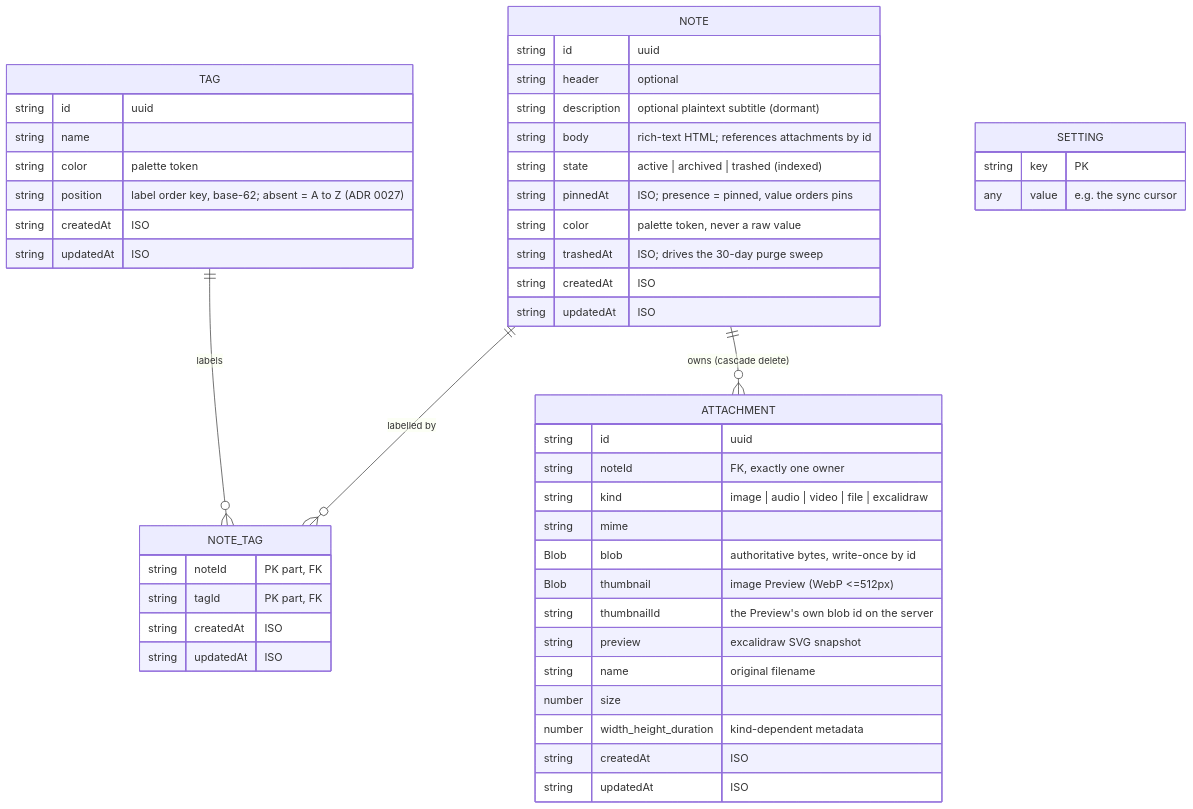
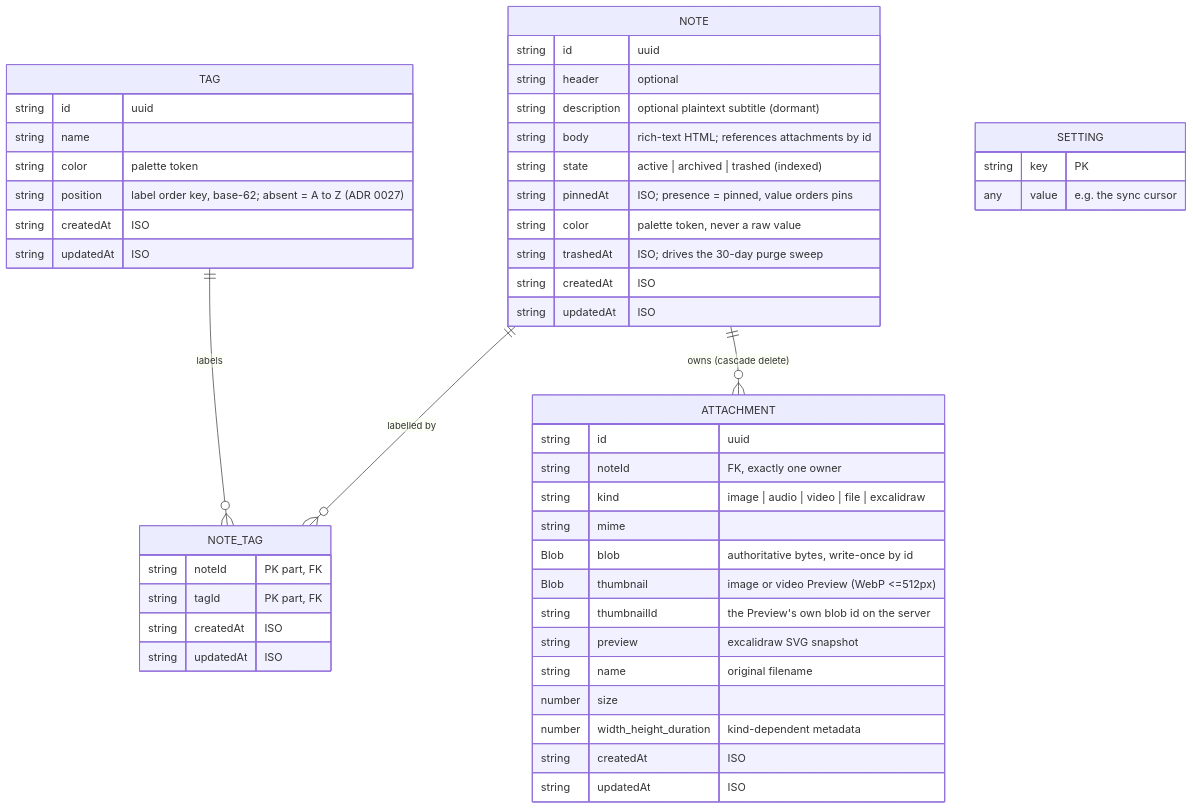
One commit to soukupj00/your-notes-fe changed the diagram in docs/architecture/03-database.md. Above: the diagram before and after it, drawn with Mermaid. The commit also changed 4 other files, not shown here.

````diff
--- a/docs/architecture/03-database.md
+++ b/docs/architecture/03-database.md
@@ -13,51 +13,51 @@
 ```mermaid
 erDiagram
     NOTE ||--o{ NOTE_TAG : "labelled by"
     TAG ||--o{ NOTE_TAG : "labels"
     NOTE ||--o{ ATTACHMENT : "owns (cascade delete)"
     NOTE {
         string id "uuid"
         string header "optional"
         string description "optional plaintext subtitle (dormant)"
         string body "rich-text HTML; references attachments by id"
         string state "active | archived | trashed (indexed)"
         string pinnedAt "ISO; presence = pinned, value orders pins"
         string color "palette token, never a raw value"
         string trashedAt "ISO; drives the 30-day purge sweep"
         string createdAt "ISO"
         string updatedAt "ISO"
     }
     TAG {
         string id "uuid"
         string name
         string color "palette token"
         string position "label order key, base-62; absent = A to Z (ADR 0027)"
         string createdAt "ISO"
         string updatedAt "ISO"
     }
     NOTE_TAG {
         string noteId "PK part, FK"
         string tagId "PK part, FK"
         string createdAt "ISO"
         string updatedAt "ISO"
     }
     ATTACHMENT {
         string id "uuid"
         string noteId "FK, exactly one owner"
         string kind "image | audio | video | file | excalidraw"
         string mime
         Blob blob "authoritative bytes, write-once by id"
-        Blob thumbnail "image Preview (WebP <=512px)"
+        Blob thumbnail "image or video Preview (WebP <=512px)"
         string thumbnailId "the Preview's own blob id on the server"
         string preview "excalidraw SVG snapshot"
         string name "original filename"
         number size
         number width_height_duration "kind-dependent metadata"
         string createdAt "ISO"
         string updatedAt "ISO"
     }
     SETTING {
         string key "PK"
         any value "e.g. the sync cursor"
     }
 ```
````
